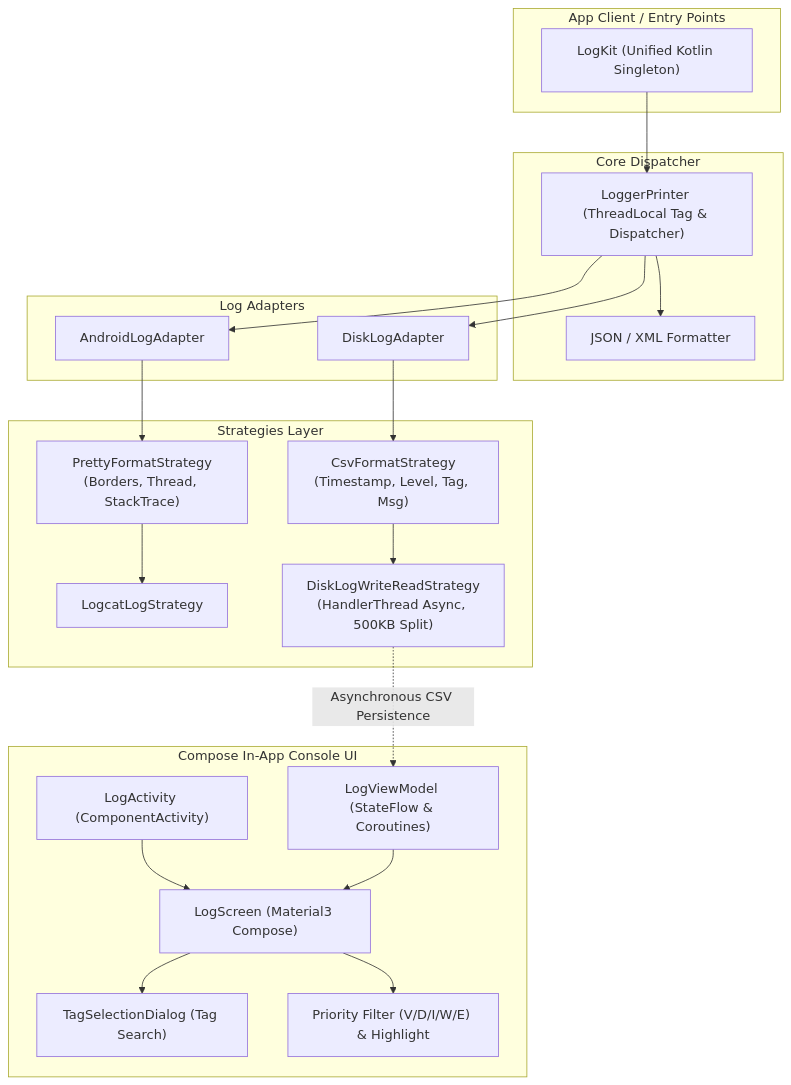
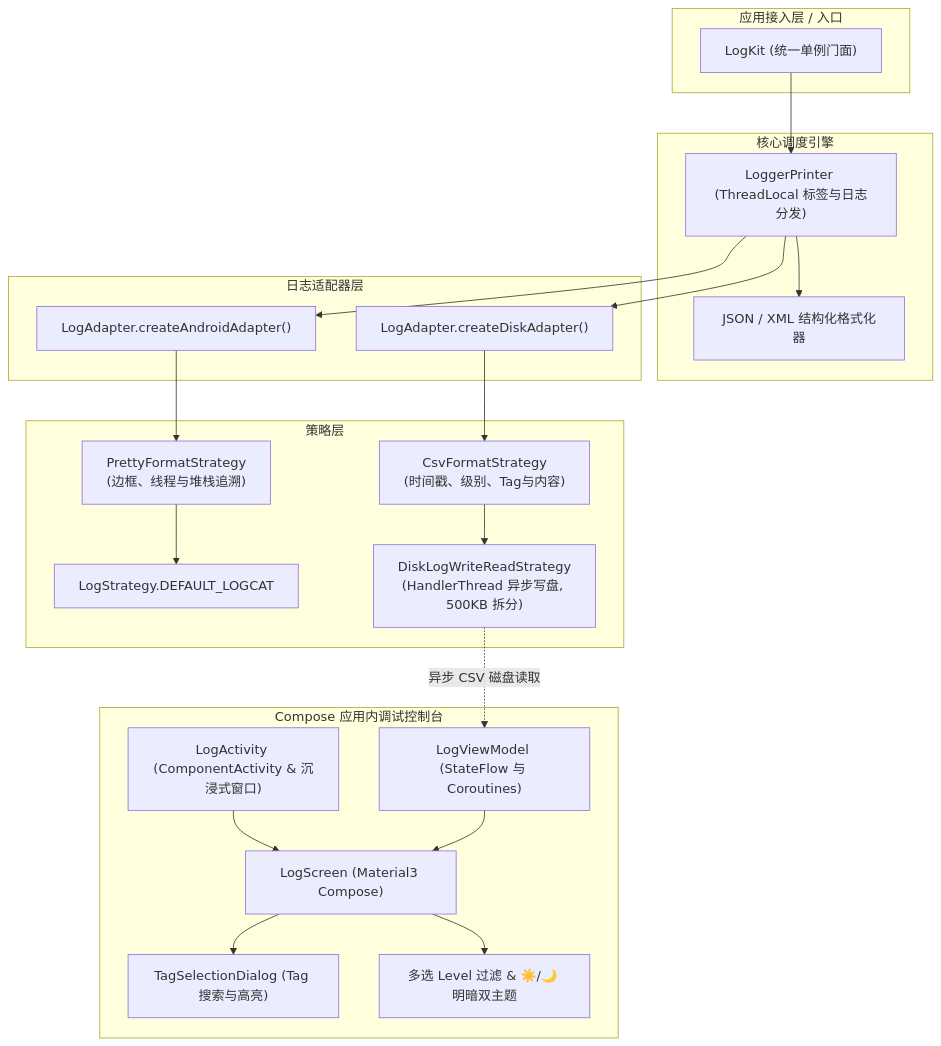
One commit to e-hai/LogKit-Android changed the diagram in README.md. Above: the diagram before and after it, drawn with Mermaid. The commit also changed other lines of this file, not shown here.

Commit message:
docs: update README.md with Chinese usage guide and updated architecture diagram

````diff
--- a/README.md
+++ b/README.md
@@ -9,45 +9,45 @@
 ```mermaid
 graph TD
-    subgraph App ["App Client / Entry Points"]
-        A1["LogKit (Unified Kotlin Singleton)"]
+    subgraph App ["应用接入层 / 入口"]
+        A1["LogKit (统一单例门面)"]
     end
 
-    subgraph Core ["Core Dispatcher"]
-        B["LoggerPrinter (ThreadLocal Tag & Dispatcher)"]
-        B1["JSON / XML Formatter"]
+    subgraph Core ["核心调度引擎"]
+        B["LoggerPrinter (ThreadLocal 标签与日志分发)"]
+        B1["JSON / XML 结构化格式化器"]
     end
 
-    subgraph Adapters ["Log Adapters"]
-        C1["AndroidLogAdapter"]
-        C2["DiskLogAdapter"]
+    subgraph Adapters ["日志适配器层"]
+        C1["LogAdapter.createAndroidAdapter()"]
+        C2["LogAdapter.createDiskAdapter()"]
     end
 
-    subgraph Strategies ["Strategies Layer"]
-        D1["PrettyFormatStrategy\n(Borders, Thread, StackTrace)"]
-        D2["CsvFormatStrategy\n(Timestamp, Level, Tag, Msg)"]
-        E1["LogcatLogStrategy"]
-        E2["DiskLogWriteReadStrategy\n(HandlerThread Async, 500KB Split)"]
+    subgraph Strategies ["策略层"]
+        D1["PrettyFormatStrategy\n(边框、线程与堆栈追溯)"]
+        D2["CsvFormatStrategy\n(时间戳、级别、Tag与内容)"]
+        E1["LogStrategy.DEFAULT_LOGCAT"]
+        E2["DiskLogWriteReadStrategy\n(HandlerThread 异步写盘, 500KB 拆分)"]
     end
 
-    subgraph UI ["Compose In-App Console UI"]
-        F1["LogActivity (ComponentActivity)"]
-        F2["LogViewModel (StateFlow & Coroutines)"]
+    subgraph UI ["Compose 应用内调试控制台"]
+        F1["LogActivity (ComponentActivity & 沉浸式窗口)"]
+        F2["LogViewModel (StateFlow 与 Coroutines)"]
         F3["LogScreen (Material3 Compose)"]
-        F4["TagSelectionDialog (Tag Search)"]
-        F5["Priority Filter (V/D/I/W/E) & Highlight"]
+        F4["TagSelectionDialog (Tag 搜索与高亮)"]
+        F5["多选 Level 过滤 & ☀️/🌙 明暗双主题"]
     end
 
     A1 --> B
     B --> B1
     B --> C1
     B --> C2
     C1 --> D1
     C2 --> D2
     D1 --> E1
     D2 --> E2
-    E2 -.->|Asynchronous CSV Persistence| F2
+    E2 -.->|异步 CSV 磁盘读取| F2
     F1 --> F3
     F2 --> F3
     F3 --> F4
     F3 --> F5
 ```
````
